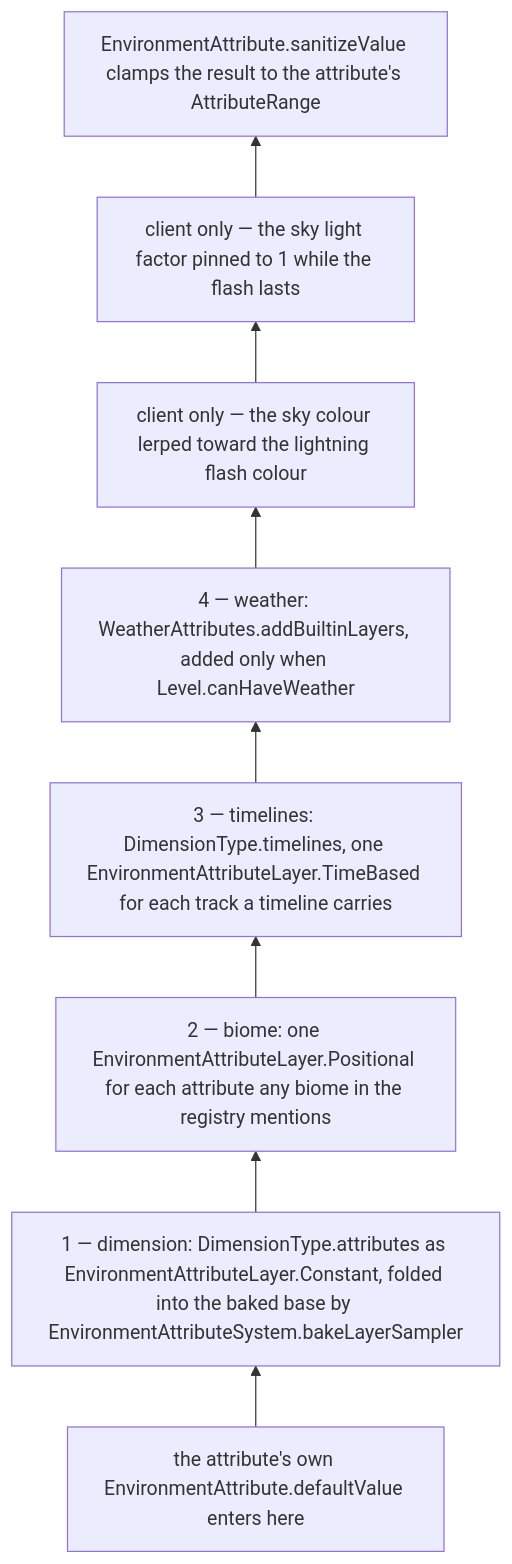
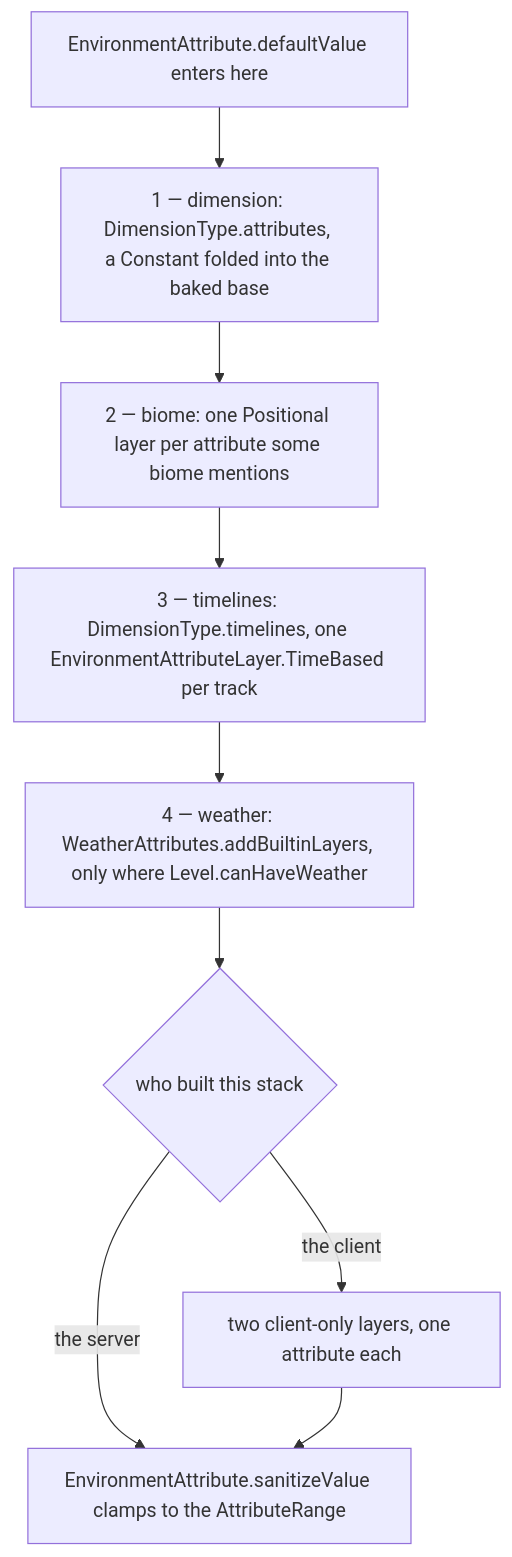
Before and after one commit to AlexanderjFraser/MinecraftDocs: the first of 3 diagrams in src/systems/world/environment-attributes-and-timelines.md, drawn with Mermaid. The commit also changed other lines of this file and 22 other files, not shown here.

````diff
--- a/src/systems/world/environment-attributes-and-timelines.md
+++ b/src/systems/world/environment-attributes-and-timelines.md
@@ -43,11 +43,19 @@
 ```mermaid
-flowchart BT
-    DEF["the attribute's own EnvironmentAttribute.defaultValue enters here"] --> DIM
-    DIM["1 — dimension: DimensionType.attributes as EnvironmentAttributeLayer.Constant, folded into the baked base by EnvironmentAttributeSystem.bakeLayerSampler"] --> BIO
-    BIO["2 — biome: one EnvironmentAttributeLayer.Positional for each attribute any biome in the registry mentions"] --> TLS
-    TLS["3 — timelines: DimensionType.timelines, one EnvironmentAttributeLayer.TimeBased for each track a timeline carries"] --> WEA
-    WEA["4 — weather: WeatherAttributes.addBuiltinLayers, added only when Level.canHaveWeather"] --> LF1
-    LF1["client only — the sky colour lerped toward the lightning flash colour"] --> LF2
-    LF2["client only — the sky light factor pinned to 1 while the flash lasts"] --> SAN
-    SAN["EnvironmentAttribute.sanitizeValue clamps the result to the attribute's AttributeRange"]
+flowchart TD
+    DEF["EnvironmentAttribute.defaultValue enters here"]
+    DIM["1 — dimension: DimensionType.attributes, a Constant folded into the baked base"]
+    BIO["2 — biome: one Positional layer per attribute some biome mentions"]
+    TLS["3 — timelines: DimensionType.timelines, one EnvironmentAttributeLayer.TimeBased per track"]
+    WEA["4 — weather: WeatherAttributes.addBuiltinLayers, only where Level.canHaveWeather"]
+    ASK{"who built this stack"}
+    FLASH["two client-only layers, one attribute each"]
+    SAN["EnvironmentAttribute.sanitizeValue clamps to the AttributeRange"]
+    DEF --> DIM
+    DIM --> BIO
+    BIO --> TLS
+    TLS --> WEA
+    WEA --> ASK
+    ASK -- "the server" --> SAN
+    ASK -- "the client" --> FLASH
+    FLASH --> SAN
 ```
````
